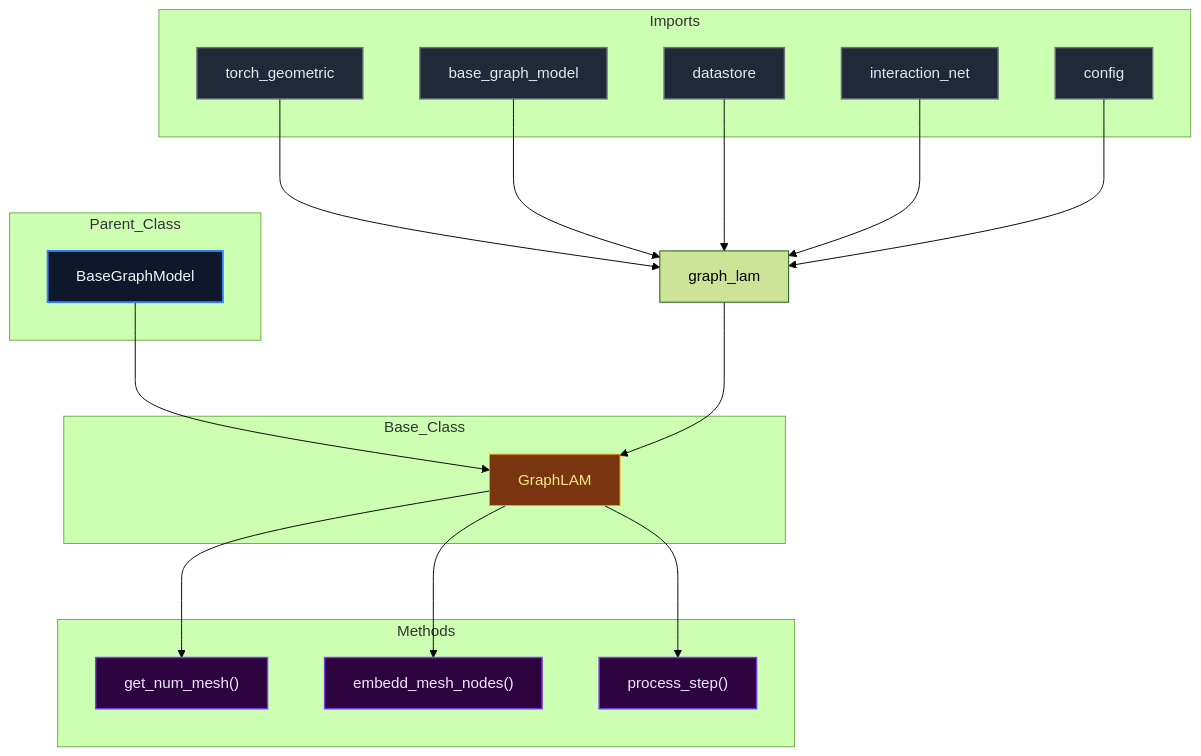
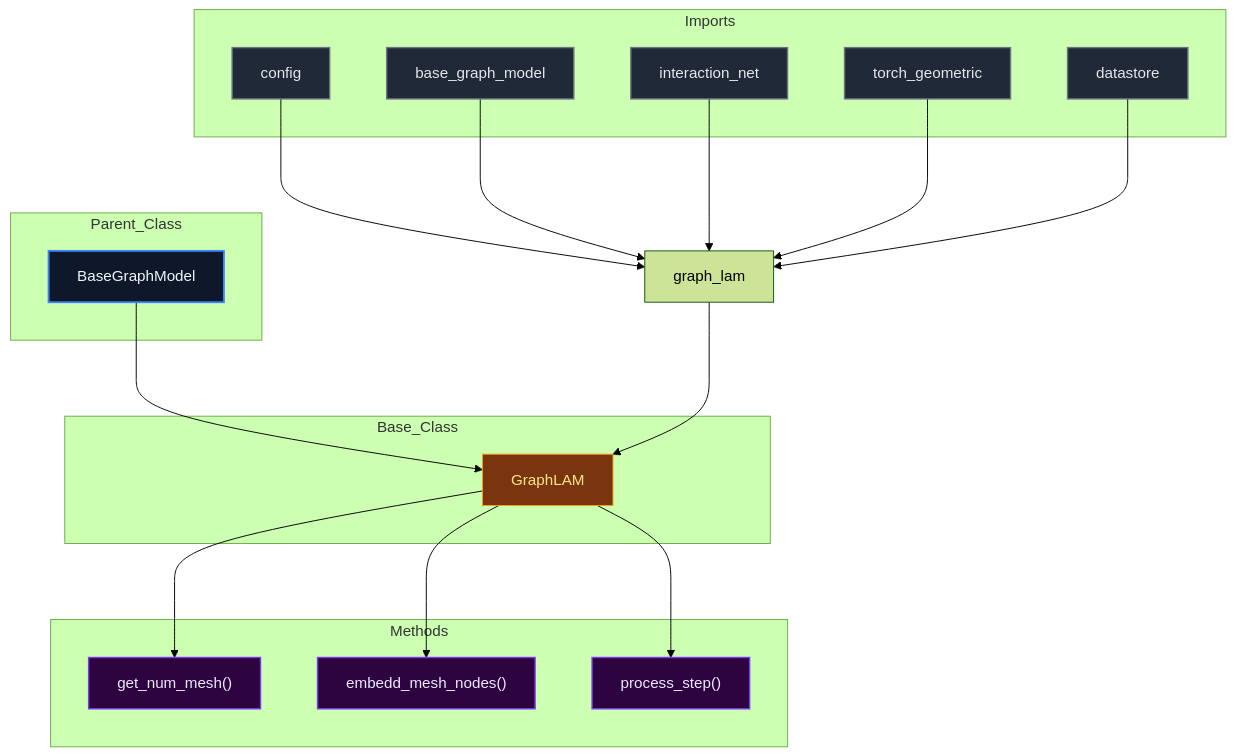
Before and after one commit to mllam/neural-lam: the diagram in docs/diagrams/graph_lam_diagram.md, drawn with Mermaid (forest theme). The commit also changed 21 other files, not shown here.

Commit message:
Auto-update Mermaid diagrams

````diff
--- a/docs/diagrams/graph_lam_diagram.md
+++ b/docs/diagrams/graph_lam_diagram.md
@@ -1,52 +1,52 @@
 ```mermaid
 %%{init: {'flowchart': {'nodeSpacing': 60, 'rankSpacing': 80}}}%%
 flowchart TD
 
 module["graph_lam"]
 
 subgraph Parent_Class
     BaseGraphModel["BaseGraphModel"]
 end
 
 subgraph Base_Class
     GraphLAM["GraphLAM"]
 end
 
     BaseGraphModel --> GraphLAM
 
 subgraph Imports
+    config["config"]
+    base_graph_model["base_graph_model"]
+    interaction_net["interaction_net"]
     torch_geometric["torch_geometric"]
-    base_graph_model["base_graph_model"]
     datastore["datastore"]
-    interaction_net["interaction_net"]
-    config["config"]
 end
 
+    config --> module
+    base_graph_model --> module
+    interaction_net --> module
     torch_geometric --> module
-    base_graph_model --> module
     datastore --> module
-    interaction_net --> module
-    config --> module
     module --> GraphLAM
 
 subgraph Methods
     GraphLAM_get_num_mesh["get_num_mesh()"]
     GraphLAM_embedd_mesh_nodes["embedd_mesh_nodes()"]
     GraphLAM_process_step["process_step()"]
 end
 
     GraphLAM --> GraphLAM_get_num_mesh
     GraphLAM --> GraphLAM_embedd_mesh_nodes
     GraphLAM --> GraphLAM_process_step
 
 classDef parent fill:#0f172a,stroke:#3b82f6,stroke-width:2px,color:#f1f5f9,font-size:16px
 classDef base fill:#78350f,stroke:#f59e0b,stroke-width:1px,color:#fde68a,font-size:16px
 classDef import fill:#1f2937,stroke:#6b7280,stroke-width:1.5px,color:#e5e7eb,font-size:16px
 classDef method fill:#2d043f,stroke:#7c3aed,stroke-width:1.5px,color:#ede9fe,font-size:16px
 classDef callNode fill:#064e3b,stroke:#10b981,stroke-width:1.5px,color:#d1fae5,font-size:16px
 class BaseGraphModel parent
 class GraphLAM base
-class torch_geometric,base_graph_model,datastore,interaction_net,config import
+class config,base_graph_model,interaction_net,torch_geometric,datastore import
 class GraphLAM_get_num_mesh,GraphLAM_embedd_mesh_nodes,GraphLAM_process_step method
 
 ```
````
